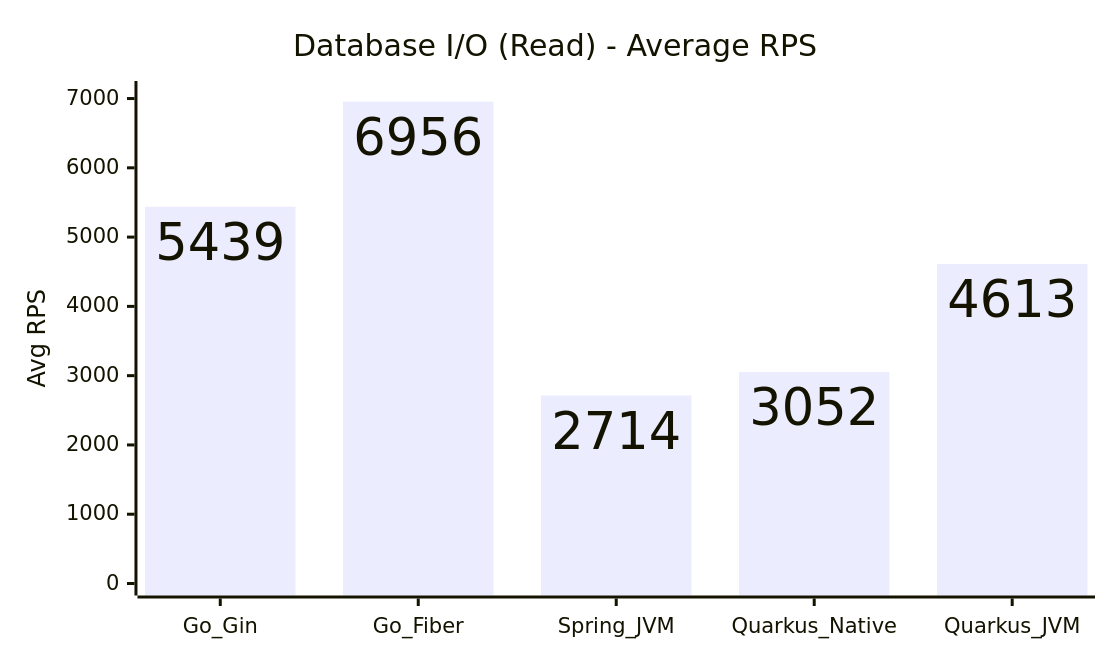
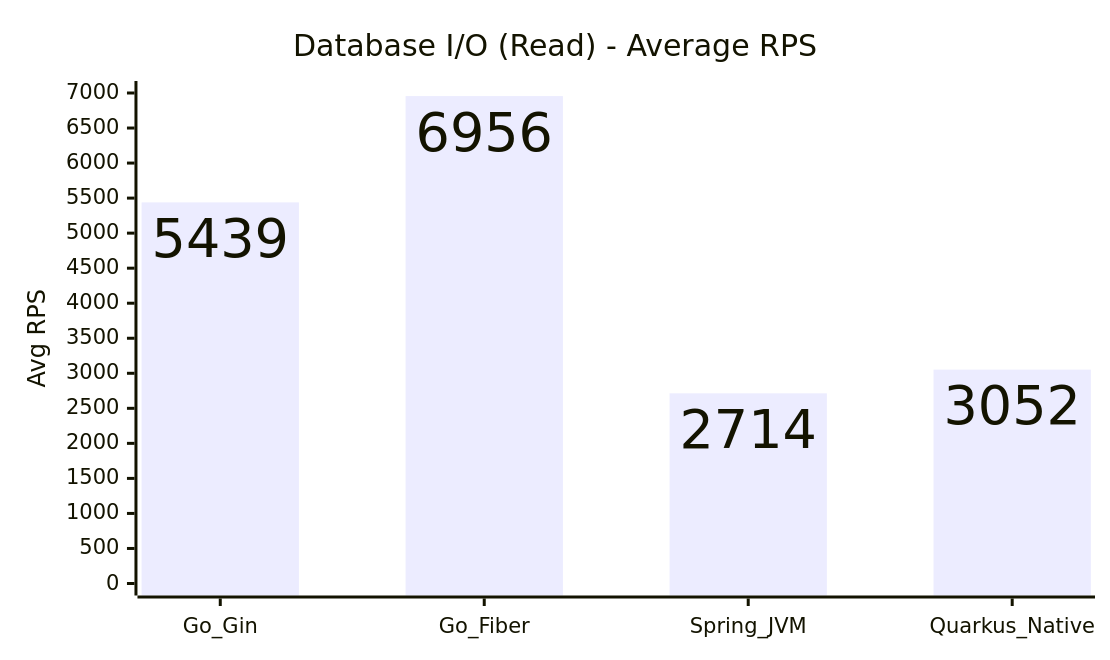
Before and after one commit to hiiamtin/go-vs-java: the fourth of 15 diagrams in COMPARISON_REPORT.md, drawn with Mermaid. The commit also changed other lines of this file and 90 other files, not shown here.

Commit message:
Remove Quarkus JVM variant and refresh benchmark results

````diff
--- a/COMPARISON_REPORT.md
+++ b/COMPARISON_REPORT.md
@@ -93,14 +97,14 @@
 ```mermaid
 ---
 config:
   xyChart:
     width: 720
     height: 420
     showDataLabel: true
 ---
 xychart
     title "Database I/O (Read) - Average RPS"
-    x-axis [Go_Gin, Go_Fiber, Spring_JVM, Quarkus_Native, Quarkus_JVM]
-    y-axis "Avg RPS" 0 --> 7080
-    bar [5439, 6956, 2714, 3052, 4613]
+    x-axis [Go_Gin, Go_Fiber, Spring_JVM, Quarkus_Native]
+    y-axis "Avg RPS" 0 --> 7000
+    bar [5439, 6956, 2714, 3052]
 ```
````
